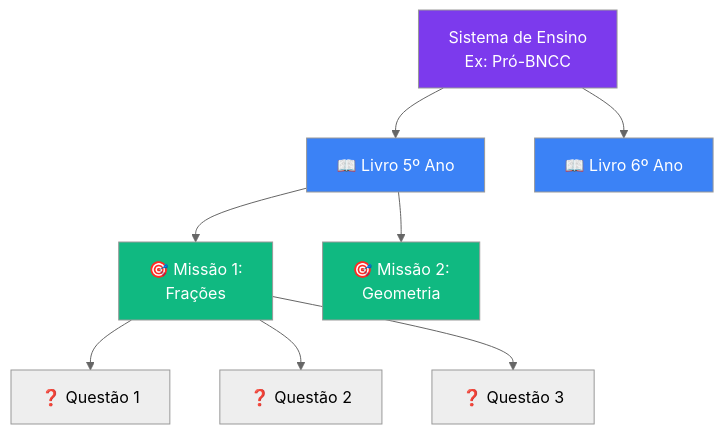
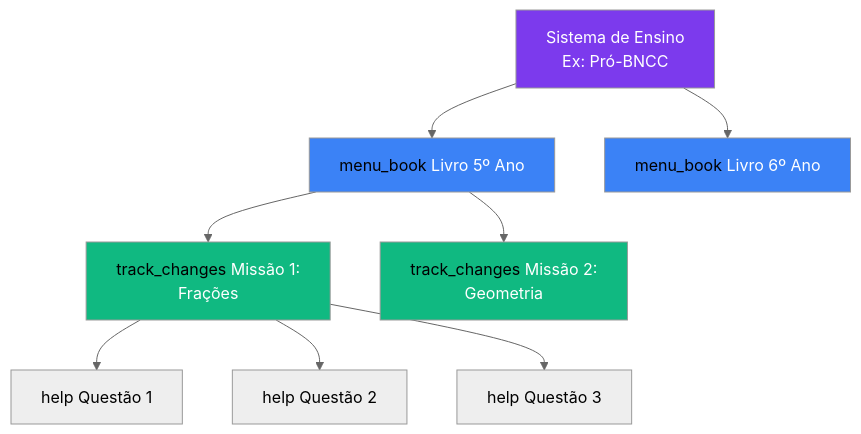
The third of 5 diagrams in documentation/docs/business-rules/domain-rules.md (fabioeducacross/Ambiente_de_Prototipacao_V5), drawn with Mermaid (neutral theme) before and after one commit. The commit also changed other lines of this file and 46 other files, not shown here.

First line of the commit message:
feat: substitui emojis por Material Symbols icons na wiki

````diff
--- a/documentation/docs/business-rules/domain-rules.md
+++ b/documentation/docs/business-rules/domain-rules.md
@@ -101,18 +101,18 @@
 ```mermaid
 graph TD
-    SE[Sistema de Ensino<br/>Ex: Pró-BNCC] --> L1[📖 Livro 5º Ano]
-    SE --> L2[📖 Livro 6º Ano]
+    SE[Sistema de Ensino<br/>Ex: Pró-BNCC] --> L1[<span class="material-symbols-outlined">menu_book</span> Livro 5º Ano]
+    SE --> L2[<span class="material-symbols-outlined">menu_book</span> Livro 6º Ano]
     
-    L1 --> M1[🎯 Missão 1:<br/>Frações]
-    L1 --> M2[🎯 Missão 2:<br/>Geometria]
+    L1 --> M1[<span class="material-symbols-outlined">track_changes</span> Missão 1:<br/>Frações]
+    L1 --> M2[<span class="material-symbols-outlined">track_changes</span> Missão 2:<br/>Geometria]
     
-    M1 --> Q1[❓ Questão 1]
-    M1 --> Q2[❓ Questão 2]
-    M1 --> Q3[❓ Questão 3]
+    M1 --> Q1[<span class="material-symbols-outlined">help</span> Questão 1]
+    M1 --> Q2[<span class="material-symbols-outlined">help</span> Questão 2]
+    M1 --> Q3[<span class="material-symbols-outlined">help</span> Questão 3]
     
     style SE fill:#7C3AED,color:#fff
     style L1 fill:#3B82F6,color:#fff
     style L2 fill:#3B82F6,color:#fff
     style M1 fill:#10B981,color:#fff
     style M2 fill:#10B981,color:#fff
 ```
````
